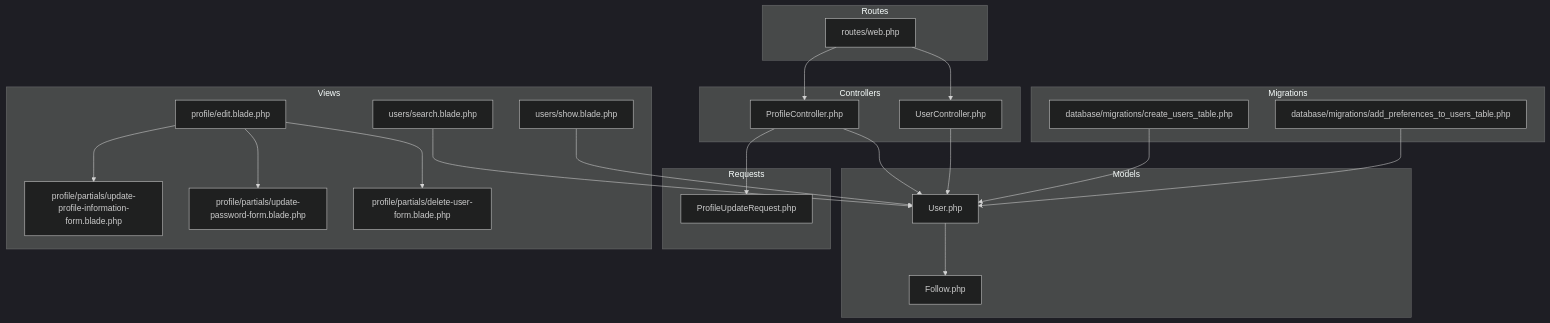
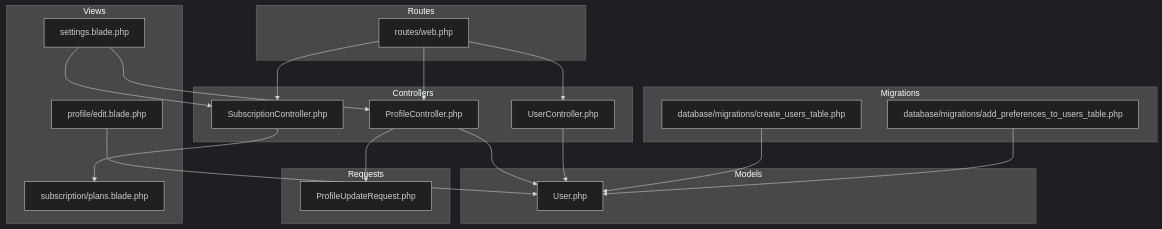
The first of 6 diagrams in .qoder/repowiki/en/content/User Management.md (VenokM05/Travel_Project), drawn with Mermaid (dark theme) before and after one commit. The commit also changed other lines of this file and 23 other files, not shown here.

````diff
--- a/.qoder/repowiki/en/content/User Management.md
+++ b/.qoder/repowiki/en/content/User Management.md
@@ -41,42 +45,38 @@
 ```mermaid
 graph TB
 subgraph "Controllers"
 PC["ProfileController.php"]
 UC["UserController.php"]
+SC["SubscriptionController.php"]
 end
 subgraph "Models"
 U["User.php"]
-F["Follow.php"]
 end
 subgraph "Requests"
 PUR["ProfileUpdateRequest.php"]
 end
 subgraph "Views"
+SE["settings.blade.php"]
 PE["profile/edit.blade.php"]
-UPIF["profile/partials/update-profile-information-form.blade.php"]
-UPF["profile/partials/update-password-form.blade.php"]
-DUF["profile/partials/delete-user-form.blade.php"]
-USV["users/search.blade.php"]
-UDV["users/show.blade.php"]
+PL["subscription/plans.blade.php"]
 end
 subgraph "Routes"
 WR["routes/web.php"]
 end
 subgraph "Migrations"
 CUT["database/migrations/create_users_table.php"]
 AP["database/migrations/add_preferences_to_users_table.php"]
 end
 PC --> PUR
 PC --> U
 UC --> U
-U --> F
-PE --> UPIF
-PE --> UPF
-PE --> DUF
-USV --> U
-UDV --> U
+SC --> PL
+SE --> PC
+SE --> SC
+PE --> U
 WR --> PC
 WR --> UC
+WR --> SC
 CUT --> U
 AP --> U
 ```
````
